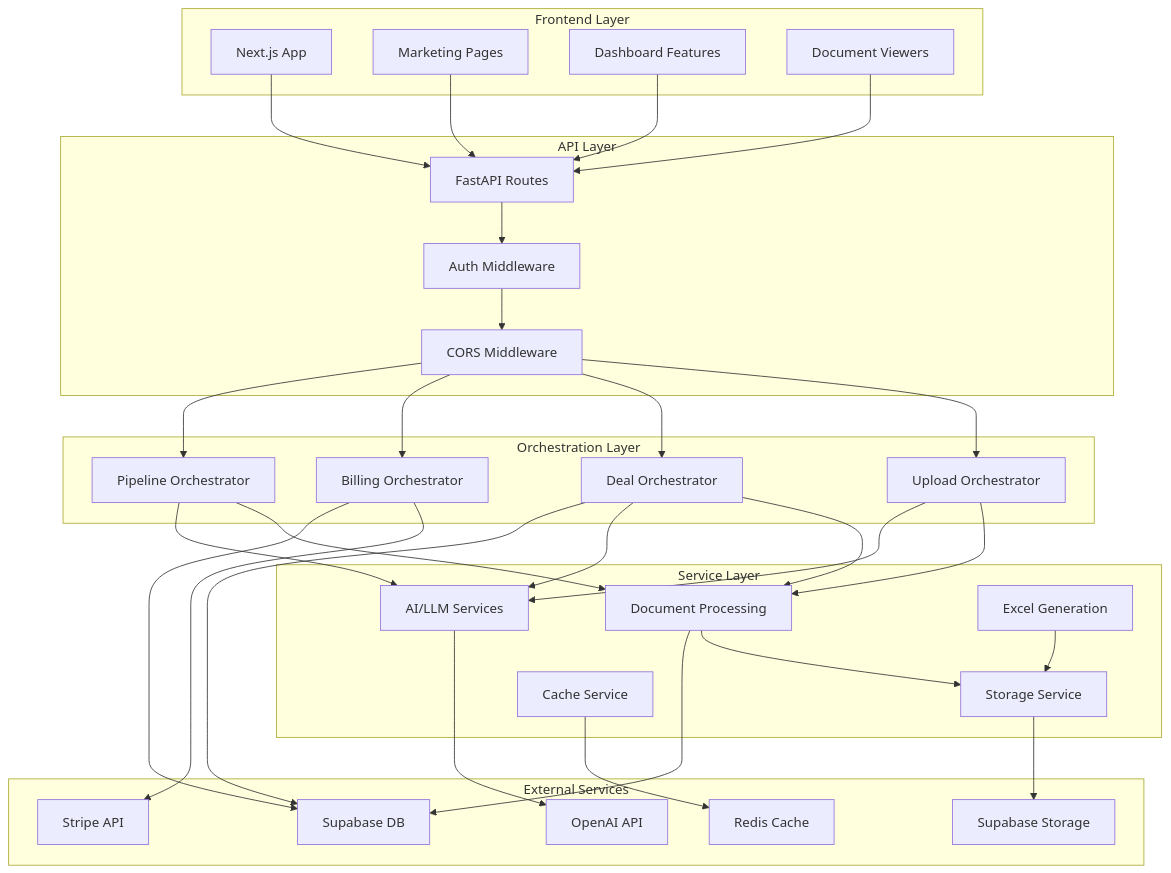
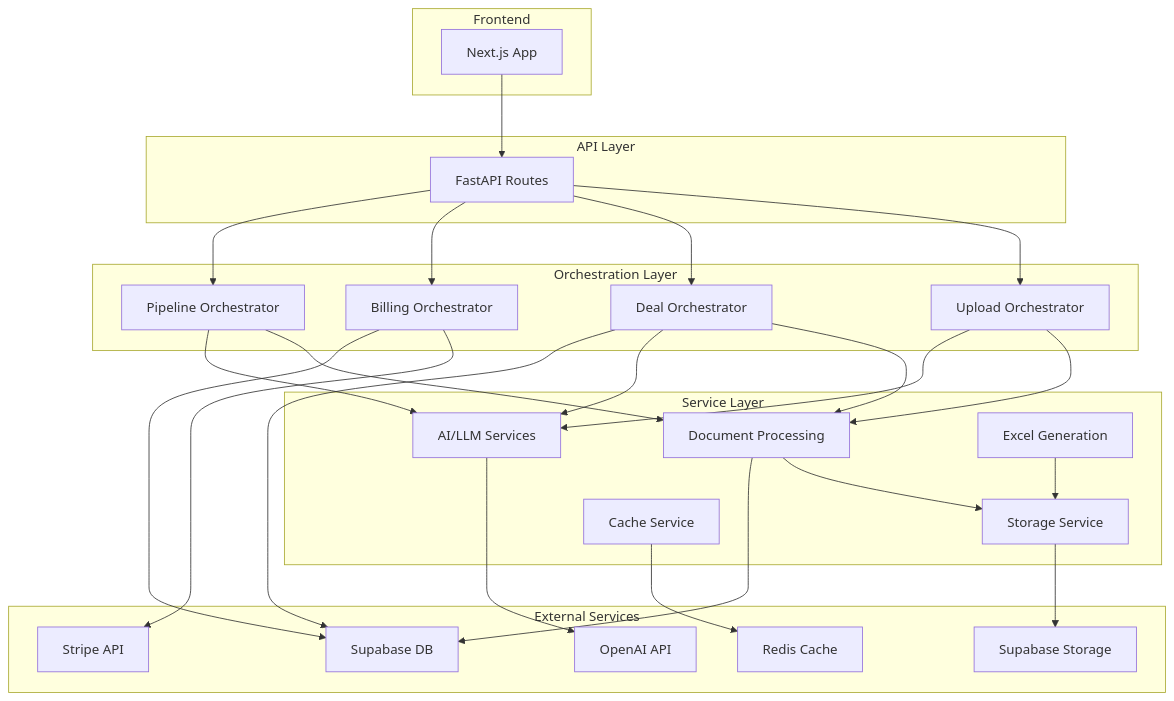
One commit to into-the-mehtaverse/dealq-showcase changed the diagram in README.md. Above: the diagram before and after it, drawn with Mermaid.

Commit message:
simplified mermaid

````diff
--- a/README.md
+++ b/README.md
@@ -39,68 +39,57 @@
 ```mermaid
 graph TB
-    subgraph "Frontend Layer"
+    subgraph "Frontend"
         A[Next.js App]
-        B[Marketing Pages]
-        C[Dashboard Features]
-        D[Document Viewers]
     end
 
     subgraph "API Layer"
-        E[FastAPI Routes]
-        F[Auth Middleware]
-        G[CORS Middleware]
+        B[FastAPI Routes]
     end
 
     subgraph "Orchestration Layer"
-        H[Upload Orchestrator]
-        I[Deal Orchestrator]
-        J[Billing Orchestrator]
-        K[Pipeline Orchestrator]
+        C[Upload Orchestrator]
+        D[Deal Orchestrator]
+        E[Billing Orchestrator]
+        F[Pipeline Orchestrator]
     end
 
     subgraph "Service Layer"
-        L[Document Processing]
-        M[AI/LLM Services]
-        N[Excel Generation]
-        O[Storage Service]
-        P[Cache Service]
+        G[Document Processing]
+        H[AI/LLM Services]
+        I[Excel Generation]
+        J[Storage Service]
+        K[Cache Service]
     end
 
     subgraph "External Services"
-        Q[Supabase DB]
-        R[Supabase Storage]
-        S[Redis Cache]
-        T[OpenAI API]
-        U[Stripe API]
+        L[Supabase DB]
+        M[Supabase Storage]
+        N[Redis Cache]
+        O[OpenAI API]
+        P[Stripe API]
     end
 
-    A --> E
+    A --> B
+    B --> C
+    B --> D
     B --> E
-    C --> E
-    D --> E
+    B --> F
 
-    E --> F
+    C --> G
+    C --> H
+    D --> G
+    D --> H
+    E --> P
     F --> G
-    G --> H
-    G --> I
+    F --> H
+
     G --> J
-    G --> K
+    H --> O
+    I --> J
+    J --> M
+    K --> N
 
-    H --> L
-    H --> M
-    I --> L
-    I --> M
-    J --> U
-    K --> L
-    K --> M
-
-    L --> O
-    M --> T
-    N --> O
-    O --> R
-    P --> S
-
-    L --> Q
-    I --> Q
-    J --> Q
+    G --> L
+    D --> L
+    E --> L
 ```
````
